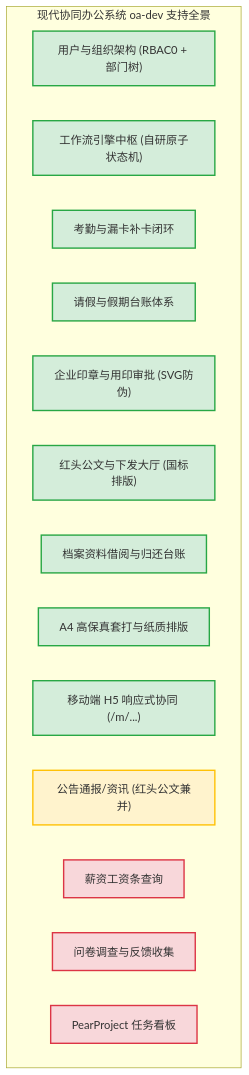
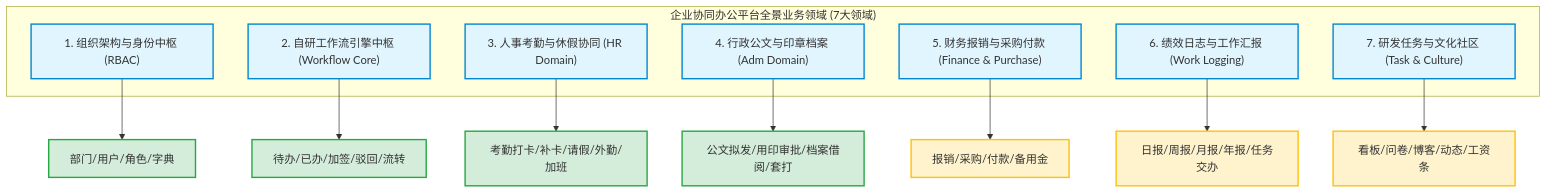
One commit to huangjingpei/oa-suite changed the first of 2 diagrams in oa-dev/docs/08-legacy-to-modern-comparison-matrix.md. Above: the diagram before and after it, drawn with Mermaid. The commit also changed other lines of this file, not shown here.

````diff
--- a/oa-dev/docs/08-legacy-to-modern-comparison-matrix.md
+++ b/oa-dev/docs/08-legacy-to-modern-comparison-matrix.md
@@ -194,22 +18,24 @@
 ```mermaid
 graph TD
-    classDef done fill:#d4edda,stroke:#28a745,stroke-width:2px;
-    classDef alter fill:#fff3cd,stroke:#ffc107,stroke-width:2px;
-    classDef backlog fill:#f8d7da,stroke:#dc3545,stroke-width:2px;
+    classDef domain fill:#e1f5fe,stroke:#0288d1,stroke-width:2px;
+    classDef core fill:#d4edda,stroke:#28a745,stroke-width:2px;
+    classDef ext fill:#fff3cd,stroke:#ffc107,stroke-width:2px;
 
-    subgraph "现代协同办公系统 oa-dev 支持全景"
-        F1["用户与组织架构 (RBAC0 + 部门树)"]:::done
-        F2["工作流引擎中枢 (自研原子状态机)"]:::done
-        F3["考勤与漏卡补卡闭环"]:::done
-        F4["请假与假期台账体系"]:::done
-        F5["企业印章与用印审批 (SVG防伪)"]:::done
-        F6["红头公文与下发大厅 (国标排版)"]:::done
-        F7["档案资料借阅与归还台账"]:::done
-        F8["A4 高保真套打与纸质排版"]:::done
-        F9["移动端 H5 响应式协同 (/m/...)"]:::done
-        F10["公告通报/资讯 (红头公文兼并)"]:::alter
-        F11["薪资工资条查询"]:::backlog
-        F12["问卷调查与反馈收集"]:::backlog
-        F13["PearProject 任务看板"]:::backlog
+    subgraph "企业协同办公平台全景业务领域 (7大领域)"
+        D1["1. 组织架构与身份中枢 (RBAC)"]:::domain
+        D2["2. 自研工作流引擎中枢 (Workflow Core)"]:::domain
+        D3["3. 人事考勤与休假协同 (HR Domain)"]:::domain
+        D4["4. 行政公文与印章档案 (Adm Domain)"]:::domain
+        D5["5. 财务报销与采购付款 (Finance & Purchase)"]:::domain
+        D6["6. 绩效日志与工作汇报 (Work Logging)"]:::domain
+        D7["7. 研发任务与文化社区 (Task & Culture)"]:::domain
     end
+
+    D1 --> C1["部门/用户/角色/字典"]:::core
+    D2 --> C2["待办/已办/加签/驳回/流转"]:::core
+    D3 --> C3["考勤打卡/补卡/请假/外勤/加班"]:::core
+    D4 --> C4["公文拟发/用印审批/档案借阅/套打"]:::core
+    D5 --> E1["报销/采购/付款/备用金"]:::ext
+    D6 --> E2["日报/周报/月报/年报/任务交办"]:::ext
+    D7 --> E3["看板/问卷/博客/动态/工资条"]:::ext
 ```
````
